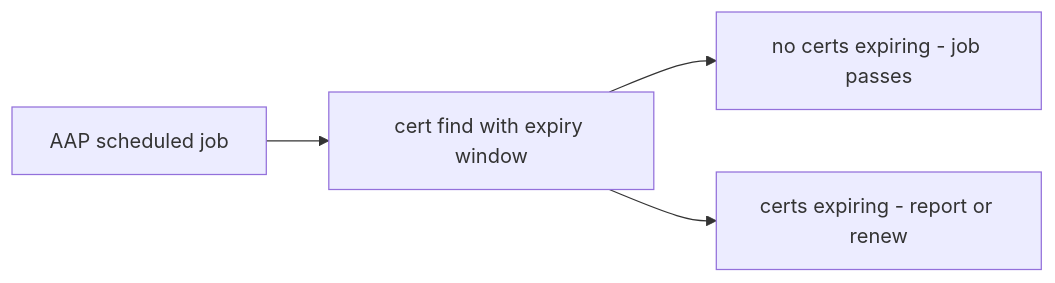
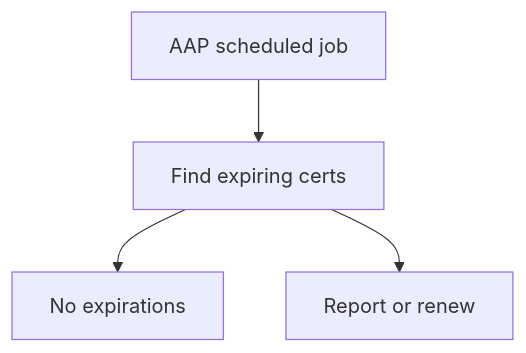
One commit to gprocunier/eigenstate-ipa changed the tenth of 12 diagrams in docs/cert-use-cases.md. Above: the diagram before and after it, drawn with Mermaid. The commit also changed other lines of this file and 12 other files, not shown here.

Commit message:
Clean up Mermaid diagrams across docs

````diff
--- a/docs/cert-use-cases.md
+++ b/docs/cert-use-cases.md
@@ -546,6 +557,6 @@
 ```mermaid
-flowchart LR
-    A["AAP scheduled job"] --> B["cert find with expiry window"]
-    B --> C["no certs expiring - job passes"]
-    B --> D["certs expiring - report or renew"]
+flowchart TD
+    job["AAP scheduled job"] --> find["Find expiring certs"]
+    find --> none["No expirations"]
+    find --> action["Report or renew"]
 ```
````
